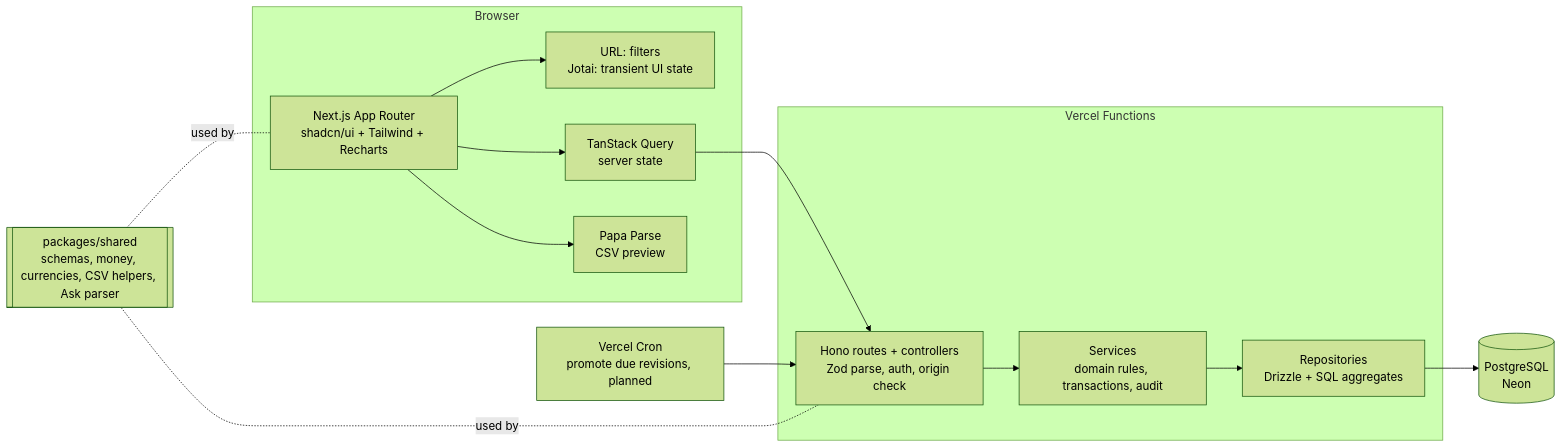
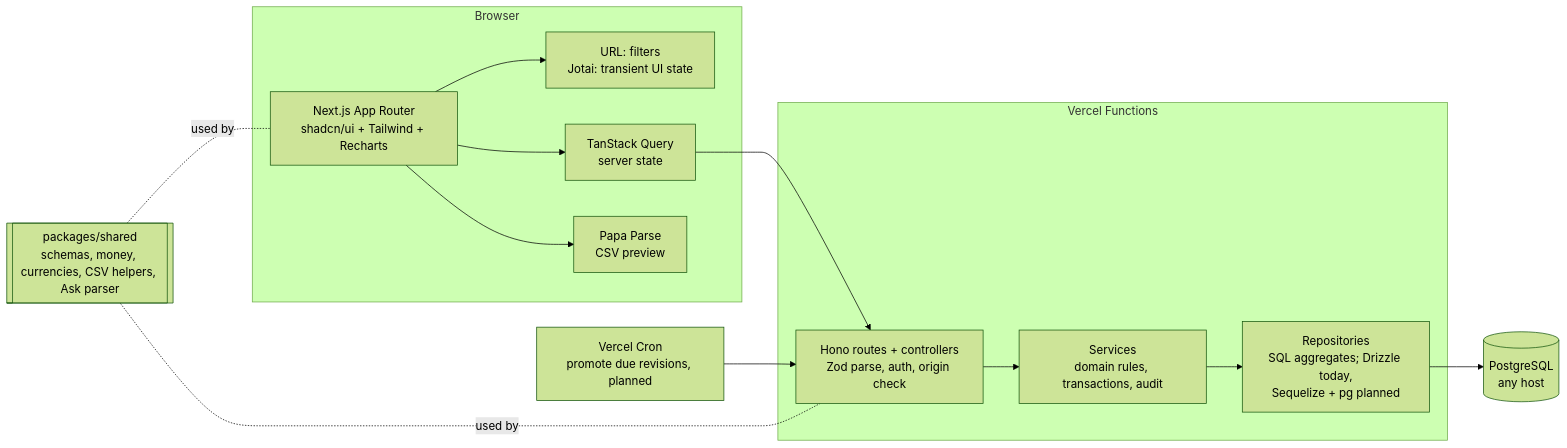
One commit to Sandeep-M23/paywise changed the first of 4 diagrams in docs/DESIGN.md. Above: the diagram before and after it, drawn with Mermaid (forest theme). The commit also changed other lines of this file and 6 other files, not shown here.

First line of the commit message:
docs: plan revision 2.1: PostgreSQL via pg + Sequelize, db:sync, any Postgres host

````diff
--- a/docs/DESIGN.md
+++ b/docs/DESIGN.md
@@ -9,24 +9,24 @@
 ```mermaid
 flowchart LR
   subgraph Browser
     UI[Next.js App Router<br/>shadcn/ui + Tailwind + Recharts]
     J[URL: filters<br/>Jotai: transient UI state]
     Q[TanStack Query<br/>server state]
     P[Papa Parse<br/>CSV preview]
   end
   subgraph Vercel Functions
     R[Hono routes + controllers<br/>Zod parse, auth, origin check]
     S[Services<br/>domain rules, transactions, audit]
-    D[Repositories<br/>Drizzle + SQL aggregates]
+    D[Repositories<br/>SQL aggregates; Drizzle today,<br/>Sequelize + pg planned]
   end
   CRON[Vercel Cron<br/>promote due revisions, planned]
-  DB[(PostgreSQL<br/>Neon)]
+  DB[(PostgreSQL<br/>any host)]
   SH[[packages/shared<br/>schemas, money, currencies, CSV helpers, Ask parser]]
 
   UI --> J
   UI --> Q --> R --> S --> D --> DB
   CRON --> R
   UI --> P
   SH -. used by .- UI
   SH -. used by .- R
 ```
````
